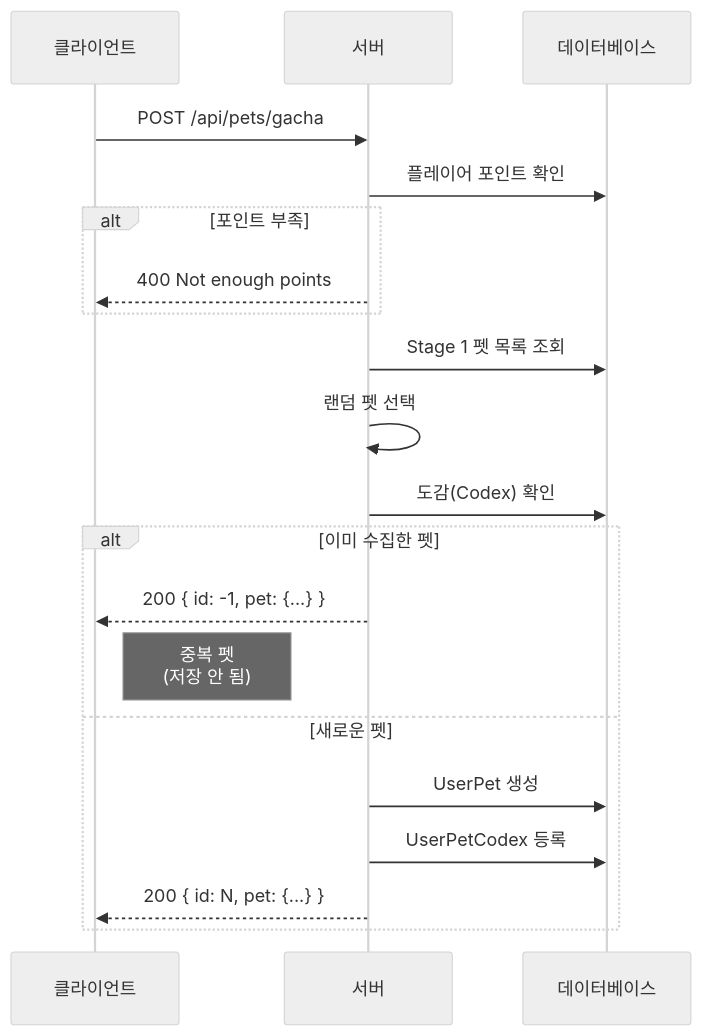
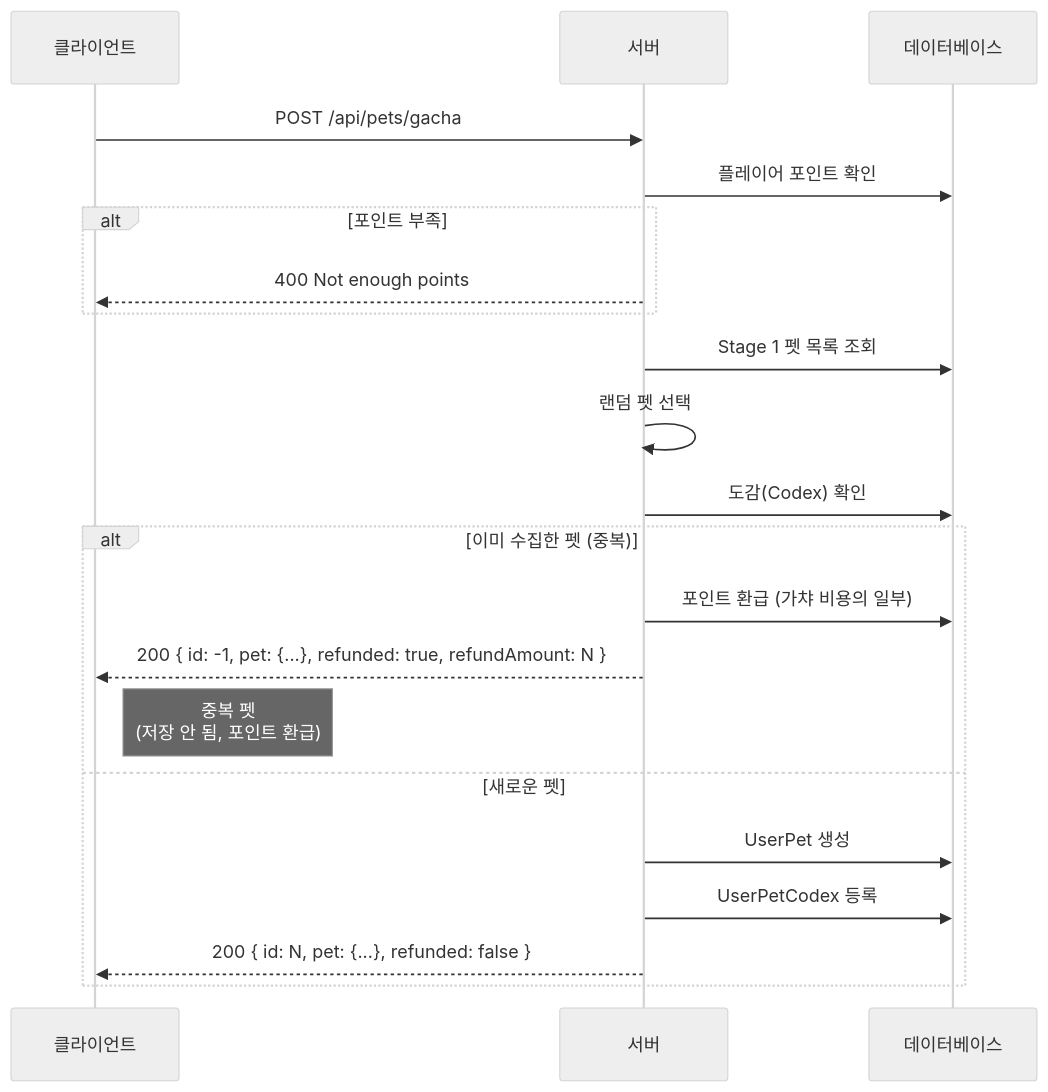
The first of 5 diagrams in docs/features/PET_SYSTEM.md (boostcampwm2025/web19-estrogenquattro), drawn with Mermaid (neutral theme) before and after one commit. The commit also changed other lines of this file and 6 other files, not shown here.

First line of the commit message:
docs: 문서 동기화 (ERD, API, 아키텍처)

````diff
--- a/docs/features/PET_SYSTEM.md
+++ b/docs/features/PET_SYSTEM.md
@@ -51,27 +51,28 @@
 ```mermaid
 sequenceDiagram
     participant C as 클라이언트
     participant S as 서버
     participant DB as 데이터베이스
 
     C->>S: POST /api/pets/gacha
     S->>DB: 플레이어 포인트 확인
 
     alt 포인트 부족
         S-->>C: 400 Not enough points
     end
 
     S->>DB: Stage 1 펫 목록 조회
     S->>S: 랜덤 펫 선택
 
     S->>DB: 도감(Codex) 확인
 
-    alt 이미 수집한 펫
-        S-->>C: 200 { id: -1, pet: {...} }
-        Note right of C: 중복 펫<br/>(저장 안 됨)
+    alt 이미 수집한 펫 (중복)
+        S->>DB: 포인트 환급 (가챠 비용의 일부)
+        S-->>C: 200 { id: -1, pet: {...}, refunded: true, refundAmount: N }
+        Note right of C: 중복 펫<br/>(저장 안 됨, 포인트 환급)
     else 새로운 펫
         S->>DB: UserPet 생성
         S->>DB: UserPetCodex 등록
-        S-->>C: 200 { id: N, pet: {...} }
+        S-->>C: 200 { id: N, pet: {...}, refunded: false }
     end
 ```
````
